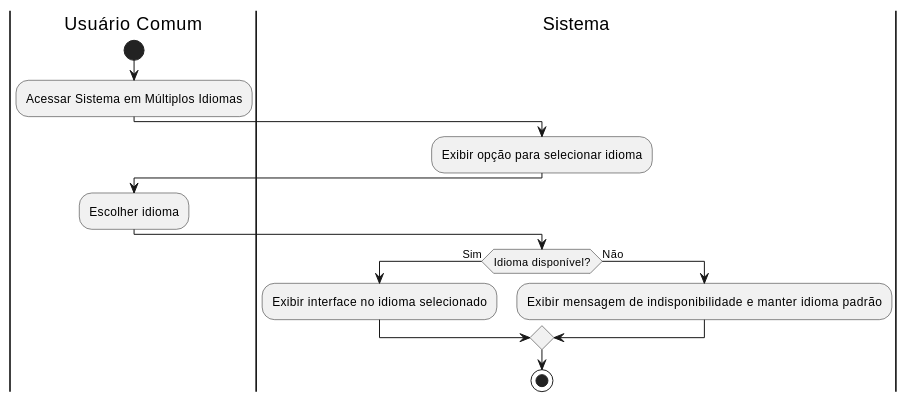
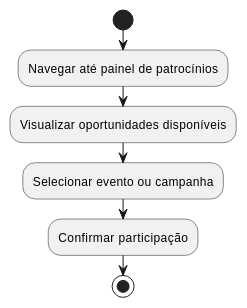
One commit to agu3des/CommunityLink changed the tenth of 16 diagrams in aps/specs/diagrama-de-atividades/uml_diagrama_atividades.md. Above: the diagram before and after it, drawn with PlantUML. The commit also changed other lines of this file and 28 other files, not shown here.

```diff
--- a/aps/specs/diagrama-de-atividades/uml_diagrama_atividades.md
+++ b/aps/specs/diagrama-de-atividades/uml_diagrama_atividades.md
@@ -273,16 +326,8 @@
 @startuml
-|Usuário Comum|
 start
-:Acessar Sistema em Múltiplos Idiomas;
-|Sistema|
-:Exibir opção para selecionar idioma;
-|Usuário Comum|
-:Escolher idioma;
-|Sistema|
-if (Idioma disponível?) then (Sim)
-    :Exibir interface no idioma selecionado;
-else (Não)
-    :Exibir mensagem de indisponibilidade e manter idioma padrão;
-endif
+:Navegar até painel de patrocínios;
+:Visualizar oportunidades disponíveis;
+:Selecionar evento ou campanha;
+:Confirmar participação;
 stop
 @enduml
```
